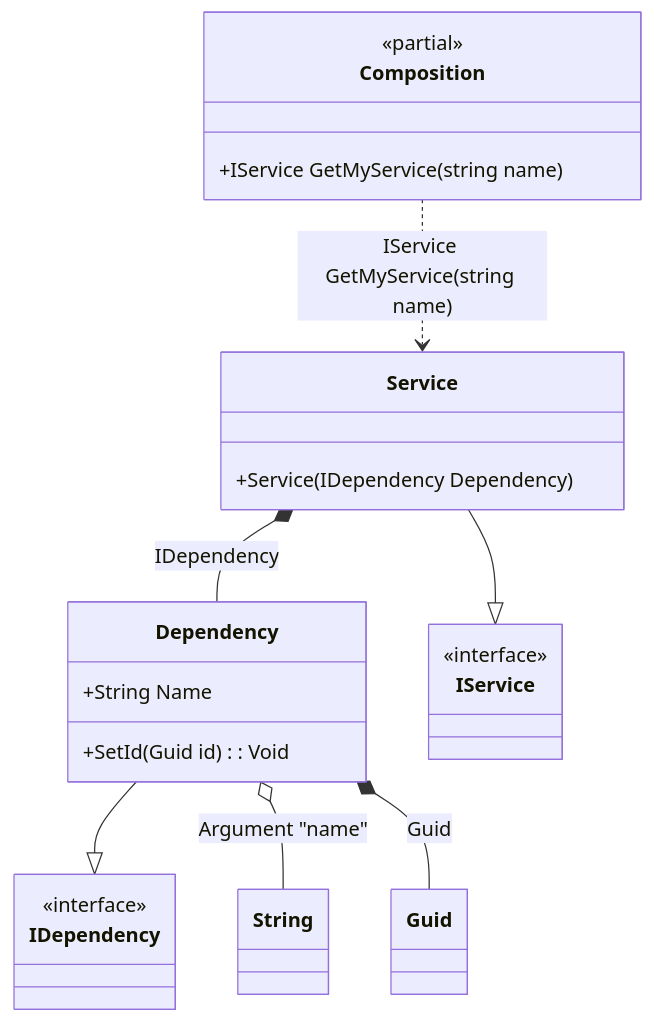
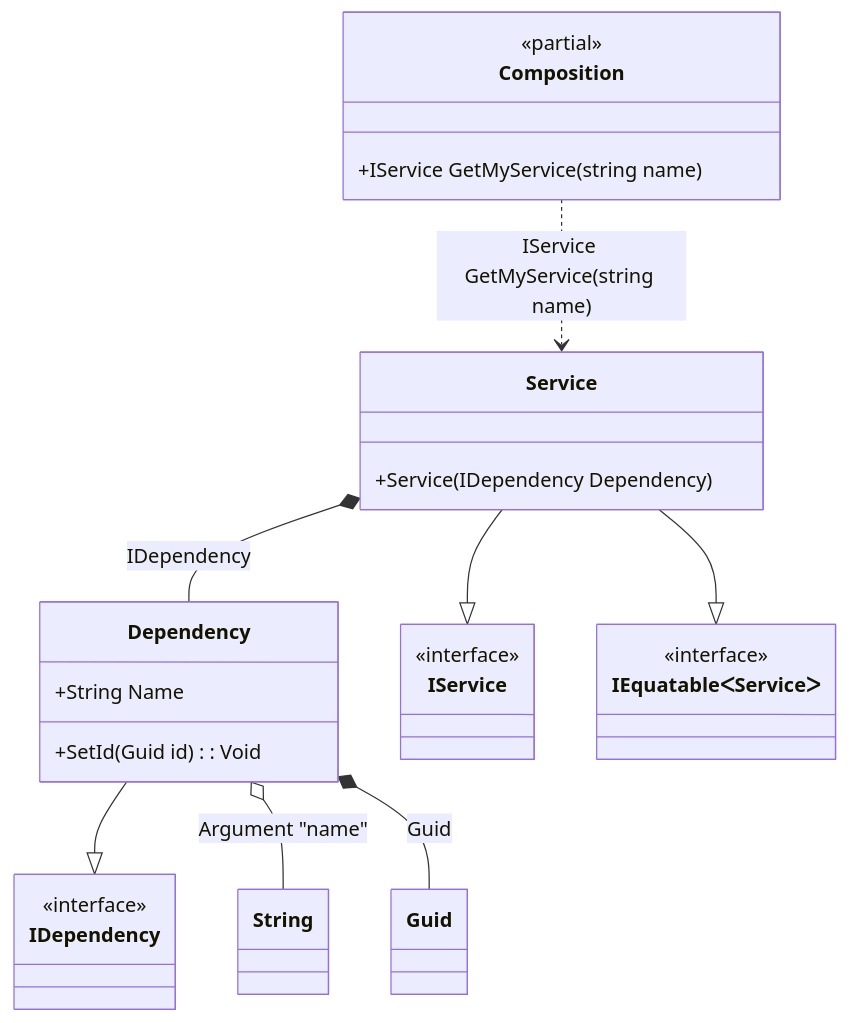
The diagram in readme/build-up-of-an-existing-object.md (DevTeam/Pure.DI), drawn with Mermaid before and after one commit. The commit also changed other lines of this file and 14 other files, not shown here.

````diff
--- a/readme/build-up-of-an-existing-object.md
+++ b/readme/build-up-of-an-existing-object.md
@@ -92,28 +90,32 @@
 ```mermaid
 classDiagram
 	class Composition {
 		<<partial>>
 		+IService GetMyService(string name)
 	}
 	class String
 	class Guid
 	Dependency --|> IDependency
 	class Dependency {
 		+String Name
 		+SetId(Guid id) : Void
 	}
 	Service --|> IService
+	Service --|> IEquatableᐸServiceᐳ
 	class Service {
 		+Service(IDependency Dependency)
 	}
 	class IDependency {
 		<<interface>>
 	}
 	class IService {
 		<<interface>>
 	}
+	class IEquatableᐸServiceᐳ {
+		<<interface>>
+	}
 	Composition ..> Service : IService GetMyService(string name)
 	Dependency o-- String : Argument "name"
 	Dependency *--  Guid : Guid
 	Service *--  Dependency : IDependency
 ```
````
